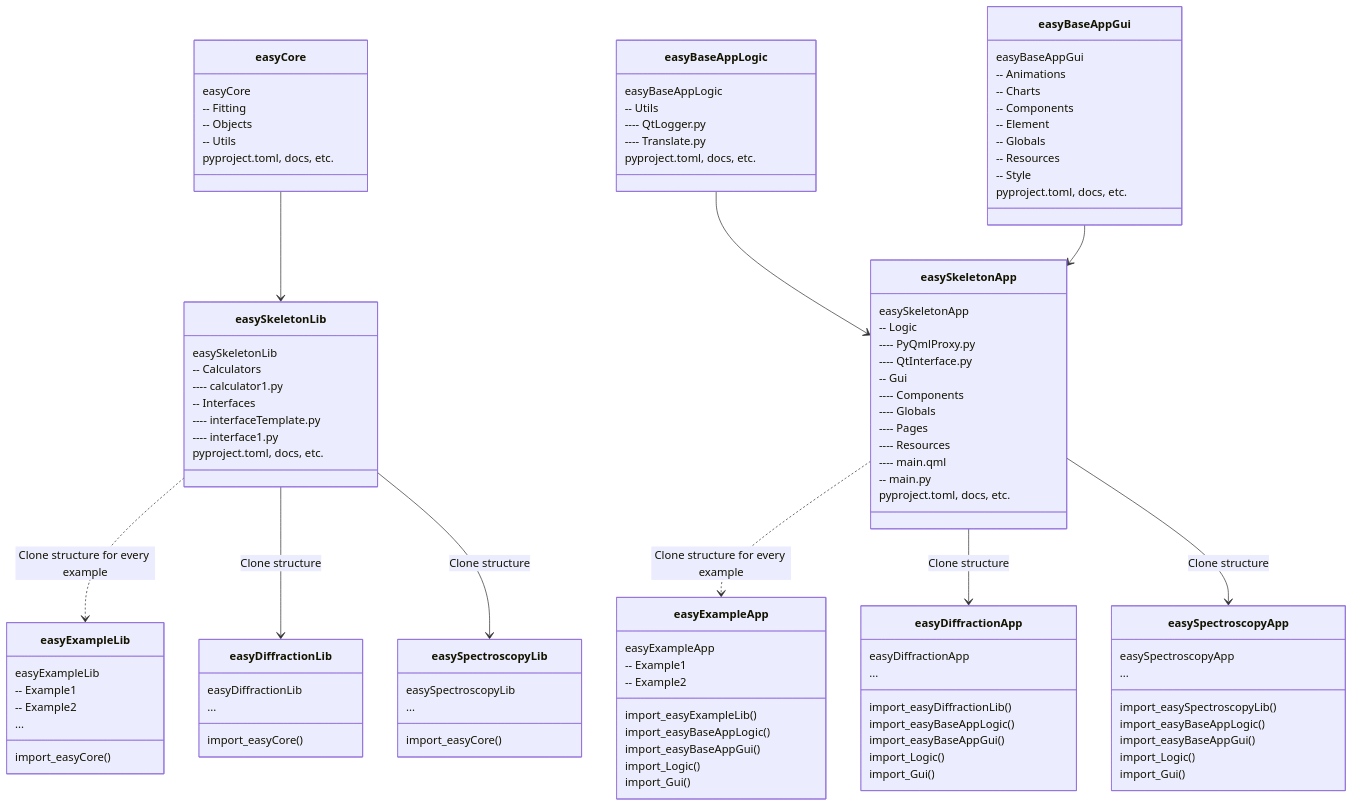
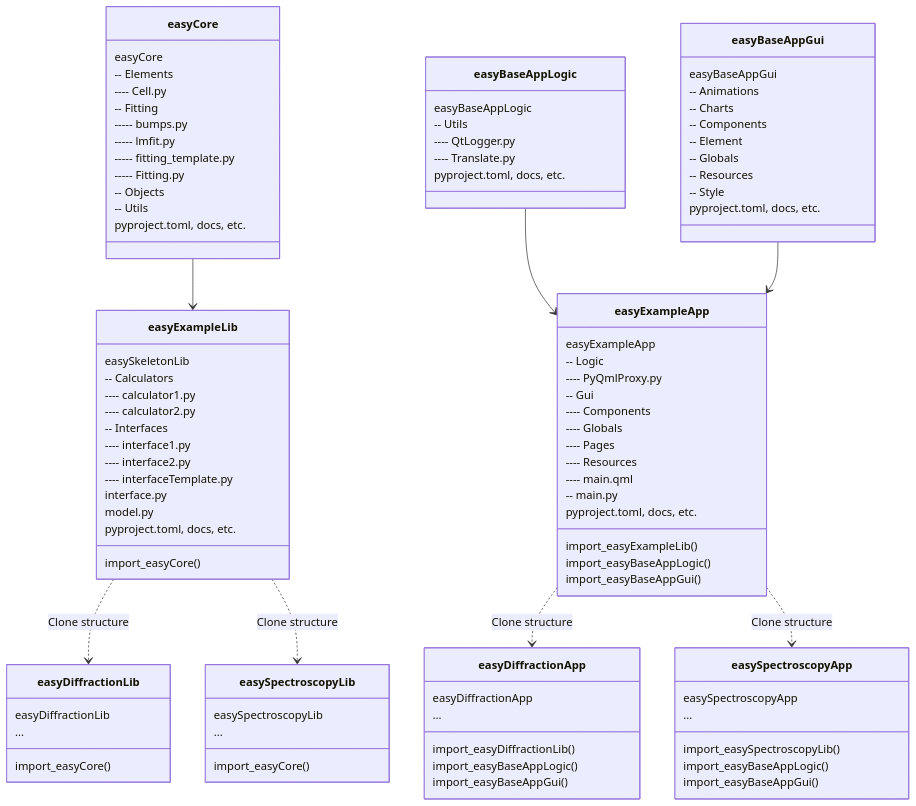
The fourth of 5 diagrams in diagrams/mermaid.md (easyScience/easyScience), drawn with Mermaid before and after one commit. The commit also changed other lines of this file, not shown here.

````diff
--- a/diagrams/mermaid.md
+++ b/diagrams/mermaid.md
@@ -62,46 +60,47 @@
 
 %% binding
 
-easyCore --> easySkeletonLib
-easySkeletonLib ..> easyExampleLib : Clone structure for every example
-easySkeletonLib --> easyDiffractionLib : Clone structure
-easySkeletonLib --> easySpectroscopyLib : Clone structure
+easyCore --> easyExampleLib
+easyExampleLib ..> easyDiffractionLib : Clone structure
+easyExampleLib ..> easySpectroscopyLib : Clone structure
 
-easyBaseAppLogic --> easySkeletonApp
-easyBaseAppGui --> easySkeletonApp
-easySkeletonApp ..> easyExampleApp : Clone structure for every example
-easySkeletonApp --> easyDiffractionApp : Clone structure
-easySkeletonApp --> easySpectroscopyApp : Clone structure
+easyBaseAppLogic --> easyExampleApp
+easyBaseAppGui --> easyExampleApp
+easyExampleApp ..> easyDiffractionApp : Clone structure
+easyExampleApp ..> easySpectroscopyApp : Clone structure
 
 %%easyExampleLib --> easyExampleApp
 %%easyDiffractionLib --> easyDiffractionApp
-%%%easySpectroscopyLib --> easySpectroscopyApp
+%%easySpectroscopyLib --> easySpectroscopyApp
 
 %% easyLibs
 
 class easyCore {
 easyCore
+-- Elements
+---- Cell.py
 -- Fitting
+----- bumps.py
+----- lmfit.py
+----- fitting_template.py
+----- Fitting.py
 -- Objects
 -- Utils
 pyproject.toml, docs, etc.
 }
 
-class easySkeletonLib {
+class easyExampleLib {
 easySkeletonLib
 -- Calculators
 ---- calculator1.py
+---- calculator2.py
 -- Interfaces
+---- interface1.py
+---- interface2.py
 ---- interfaceTemplate.py
----- interface1.py
+interface.py
+model.py
 pyproject.toml, docs, etc.
-}
-
-class easyExampleLib {
-easyExampleLib
--- Example1
--- Example2
-...
 import_easyCore()
 }
 
@@ -139,11 +138,10 @@
 pyproject.toml, docs, etc.
 }
 
-class easySkeletonApp {
-easySkeletonApp
+class easyExampleApp {
+easyExampleApp
 -- Logic
 ---- PyQmlProxy.py
----- QtInterface.py
 -- Gui
 ---- Components
 ---- Globals
@@ -152,17 +150,9 @@
 ---- main.qml
 -- main.py
 pyproject.toml, docs, etc.
-}
-
-class easyExampleApp {
-easyExampleApp
--- Example1
--- Example2
 import_easyExampleLib()
 import_easyBaseAppLogic()
 import_easyBaseAppGui()
-import_Logic()
-import_Gui()
 }
 
 class easyDiffractionApp {
@@ -171,8 +161,6 @@
 import_easyDiffractionLib()
 import_easyBaseAppLogic()
 import_easyBaseAppGui()
-import_Logic()
-import_Gui()
 }
 
 class easySpectroscopyApp {
@@ -181,7 +169,5 @@
 import_easySpectroscopyLib()
 import_easyBaseAppLogic()
 import_easyBaseAppGui()
-import_Logic()
-import_Gui()
 }
 ```
````
